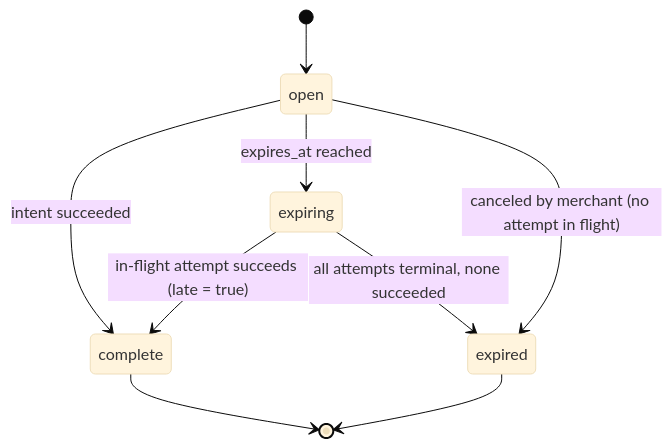
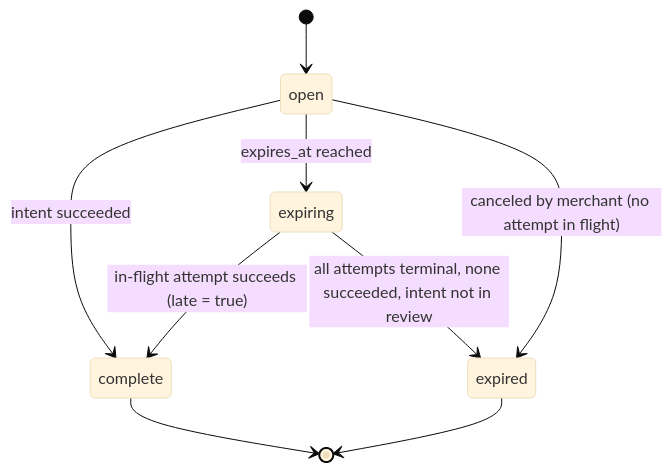
Before and after one commit to nearpay-money/nearpay-brain: the second of 6 diagrams in architecture/domain-model.md, drawn with Mermaid (base theme). The commit also changed other lines of this file and 18 other files, not shown here.

````diff
--- a/architecture/domain-model.md
+++ b/architecture/domain-model.md
@@ -156,11 +158,11 @@
 ```mermaid
 stateDiagram-v2
   [*] --> open
   open --> complete: intent succeeded
   open --> expiring: expires_at reached
   open --> expired: canceled by merchant (no attempt in flight)
   expiring --> complete: in-flight attempt succeeds (late = true)
-  expiring --> expired: all attempts terminal, none succeeded
+  expiring --> expired: all attempts terminal, none succeeded, intent not in review
   complete --> [*]
   expired --> [*]
 ```
````
